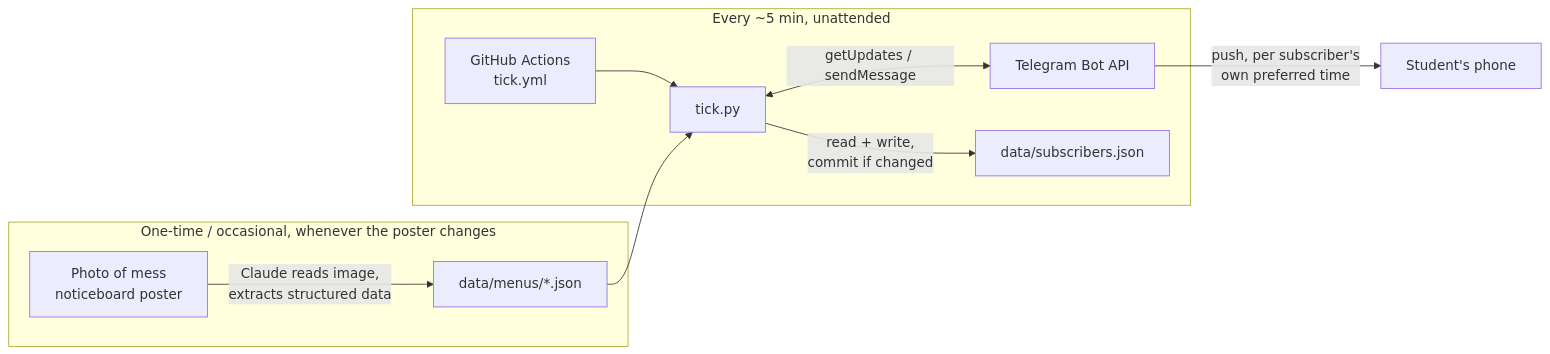
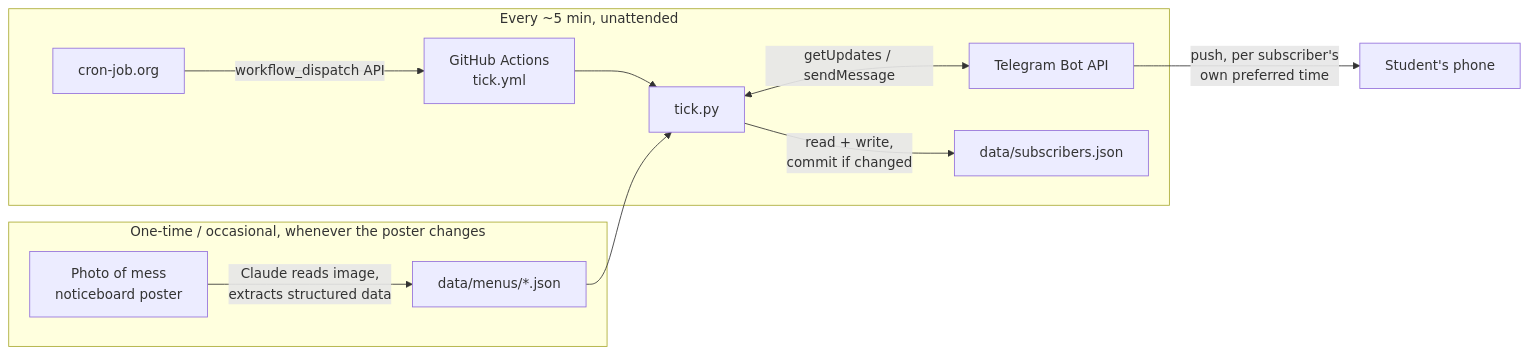
One commit to eklavyamathur9/NotiMess changed the diagram in ARCHITECTURE.md. Above: the diagram before and after it, drawn with Mermaid. The commit also changed other lines of this file and 4 other files, not shown here.

First line of the commit message:
Document scheduling reliability incident and the cron-job.org fix

````diff
--- a/ARCHITECTURE.md
+++ b/ARCHITECTURE.md
@@ -9,15 +9,16 @@
 ```mermaid
 flowchart LR
     subgraph "One-time / occasional, whenever the poster changes"
         A[Photo of mess<br/>noticeboard poster] -->|Claude reads image,<br/>extracts structured data| B[data/menus/*.json]
     end
 
     subgraph "Every ~5 min, unattended"
-        C[GitHub Actions<br/>tick.yml] --> D[tick.py]
+        X[cron-job.org] -->|workflow_dispatch API| C[GitHub Actions<br/>tick.yml]
+        C --> D[tick.py]
         B --> D
         D <-->|getUpdates / sendMessage| TG[Telegram Bot API]
         D -->|read + write,<br/>commit if changed| S[data/subscribers.json]
     end
 
     TG -->|push, per subscriber's<br/>own preferred time| U[Student's phone]
 ```
````
